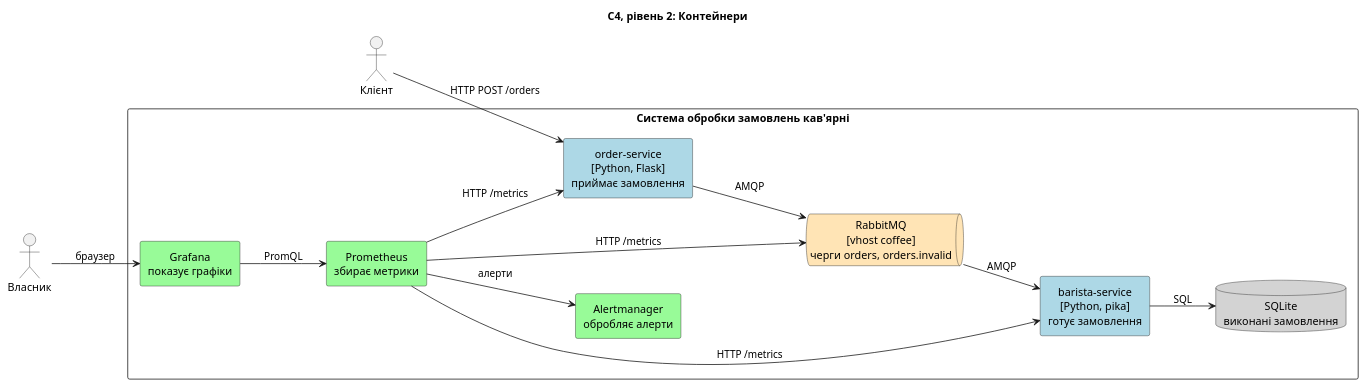
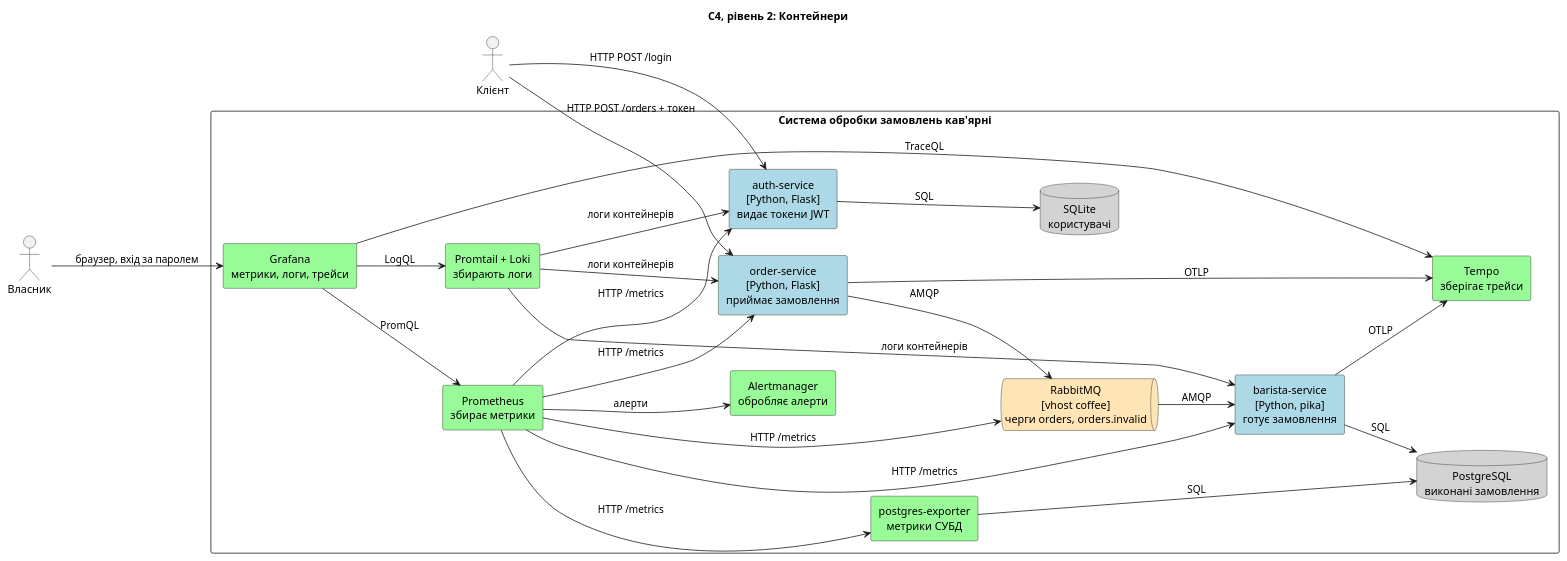
Before and after one commit to Kirrik1920/coffee-shop-information-system: the diagram in docs/diagrams/c4-2-container.puml, drawn with PlantUML. The commit also changed 34 other files, not shown here.

```diff
--- a/docs/diagrams/c4-2-container.puml
+++ b/docs/diagrams/c4-2-container.puml
@@ -1,30 +1,47 @@
 @startuml
 title C4, рівень 2: Контейнери
 skinparam defaultTextAlignment center
 skinparam shadowing false
 left to right direction
 
 actor "Клієнт" as client
 actor "Власник" as owner
 
 rectangle "Система обробки замовлень кав'ярні" {
+  rectangle "auth-service\n[Python, Flask]\nвидає токени JWT" as auth #LightBlue
+  database "SQLite\nкористувачі" as authdb #LightGray
   rectangle "order-service\n[Python, Flask]\nприймає замовлення" as order #LightBlue
   queue "RabbitMQ\n[vhost coffee]\nчерги orders, orders.invalid" as rabbit #Moccasin
   rectangle "barista-service\n[Python, pika]\nготує замовлення" as barista #LightBlue
-  database "SQLite\nвиконані замовлення" as db #LightGray
+  database "PostgreSQL\nвиконані замовлення" as db #LightGray
+  rectangle "postgres-exporter\nметрики СУБД" as exporter #PaleGreen
   rectangle "Prometheus\nзбирає метрики" as prom #PaleGreen
-  rectangle "Grafana\nпоказує графіки" as grafana #PaleGreen
+  rectangle "Promtail + Loki\nзбирають логи" as loki #PaleGreen
+  rectangle "Tempo\nзберігає трейси" as tempo #PaleGreen
+  rectangle "Grafana\nметрики, логи, трейси" as grafana #PaleGreen
   rectangle "Alertmanager\nобробляє алерти" as am #PaleGreen
 }
 
-client --> order : HTTP POST /orders
+client --> auth : HTTP POST /login
+auth --> authdb : SQL
+client --> order : HTTP POST /orders + токен
 order --> rabbit : AMQP
 rabbit --> barista : AMQP
 barista --> db : SQL
+exporter --> db : SQL
+prom --> exporter : HTTP /metrics
 prom --> order : HTTP /metrics
 prom --> barista : HTTP /metrics
+prom --> auth : HTTP /metrics
 prom --> rabbit : HTTP /metrics
+order --> tempo : OTLP
+barista --> tempo : OTLP
+loki --> order : логи контейнерів
+loki --> barista : логи контейнерів
+loki --> auth : логи контейнерів
 grafana --> prom : PromQL
+grafana --> loki : LogQL
+grafana --> tempo : TraceQL
 prom --> am : алерти
-owner --> grafana : браузер
+owner --> grafana : браузер, вхід за паролем
 @enduml
```
